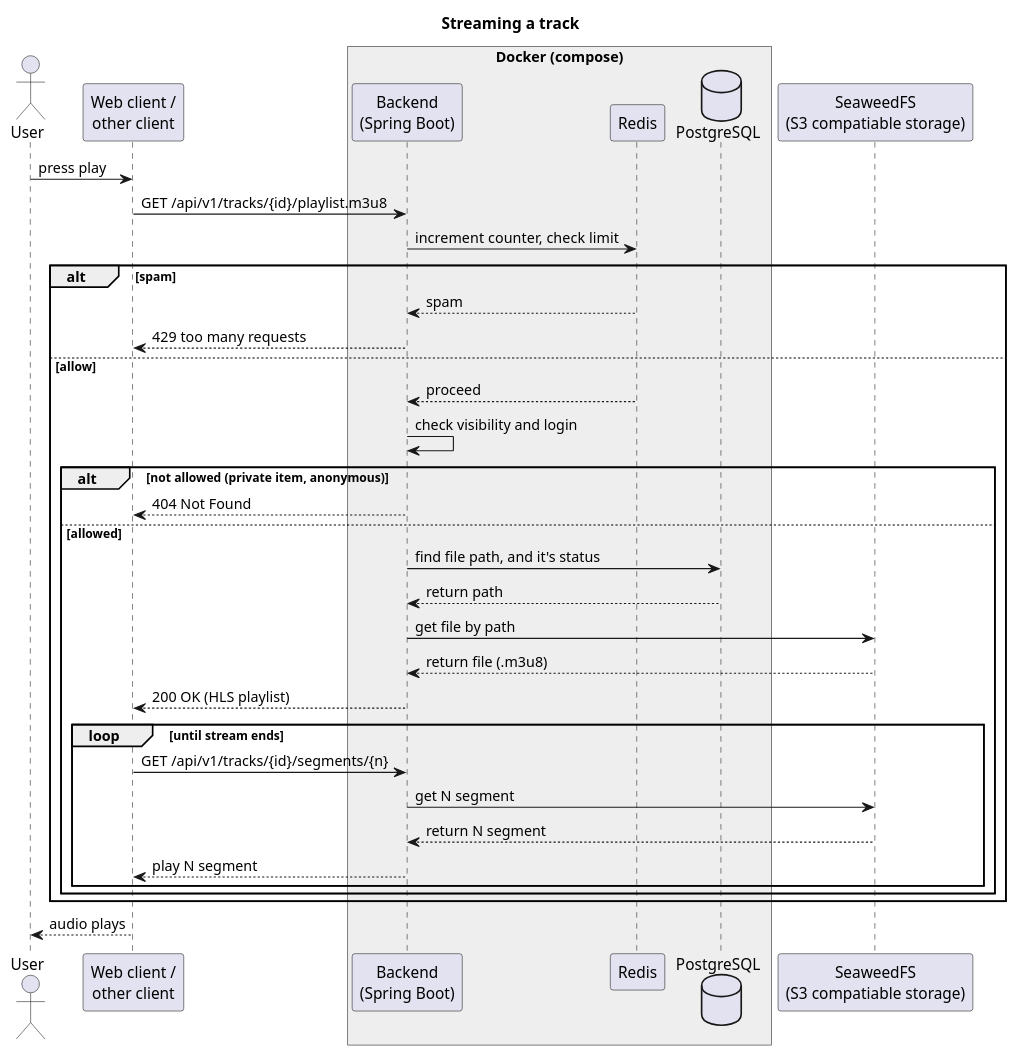
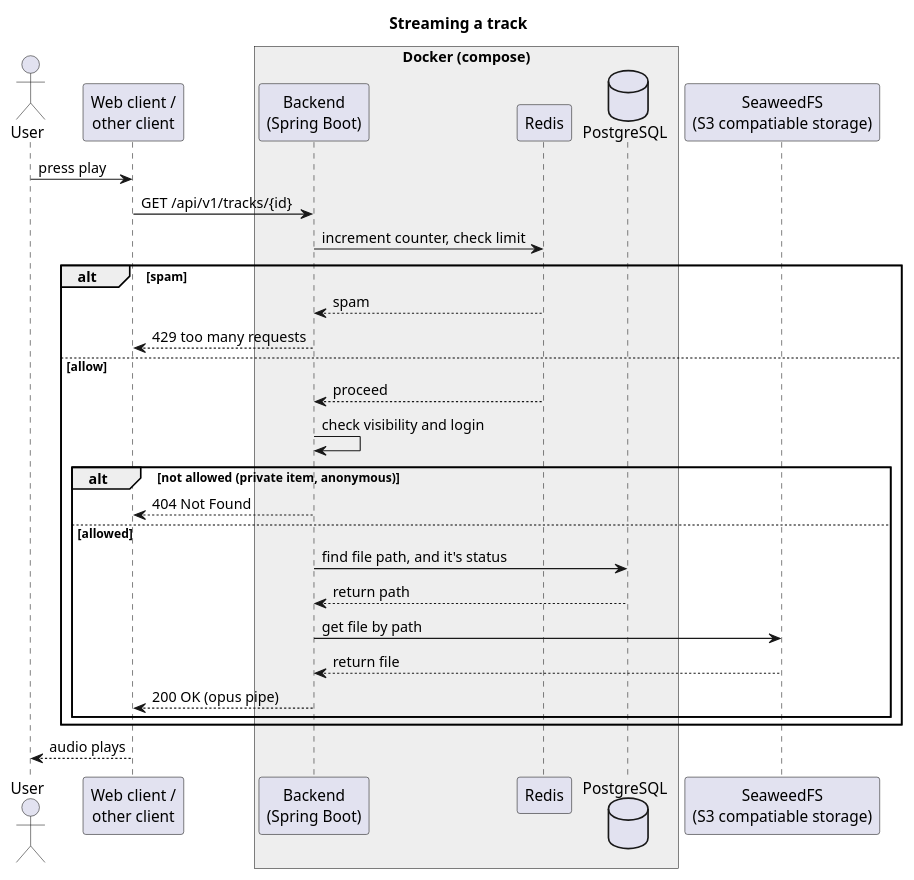
One commit to CapitanMurasa/impulse-streaming changed the diagram in docs/graphs/graph-stream.puml. Above: the diagram before and after it, drawn with PlantUML. The commit also changed 3 other files, not shown here.

Commit message:
docs: updated graphs

```diff
--- a/docs/graphs/graph-stream.puml
+++ b/docs/graphs/graph-stream.puml
@@ -1,41 +1,35 @@
 @startuml
 title Streaming a track
 
 actor User as user
 participant "Web client /\nother client" as client
 box "Docker (compose)" #EEEEEE
   participant "Backend\n(Spring Boot)" as api
   participant "Redis" as redis
   database "PostgreSQL" as db
 end box
 participant "SeaweedFS\n(S3 compatiable storage)" as storage
 
 user -> client : press play
-client -> api : GET /api/v1/tracks/{id}/playlist.m3u8
+client -> api : GET /api/v1/tracks/{id}
 api -> redis: increment counter, check limit
 alt spam
    redis-->api: spam
    api--> client: 429 too many requests
 else allow
    redis --> api: proceed
    api -> api : check visibility and login
 
 alt not allowed (private item, anonymous)
   api --> client : 404 Not Found
 else allowed
   api -> db : find file path, and it's status
   db --> api : return path
   api -> storage : get file by path
-  storage --> api : return file (.m3u8)
-  api --> client : 200 OK (HLS playlist)
-loop until stream ends
-  client -> api: GET /api/v1/tracks/{id}/segments/{n}
-  api -> storage: get N segment
-  storage --> api: return N segment
-  api --> client: play N segment
-end
+  storage --> api : return file
+  api --> client : 200 OK (opus pipe)
 end
 end
 
 client --> user : audio plays
 @enduml
```
